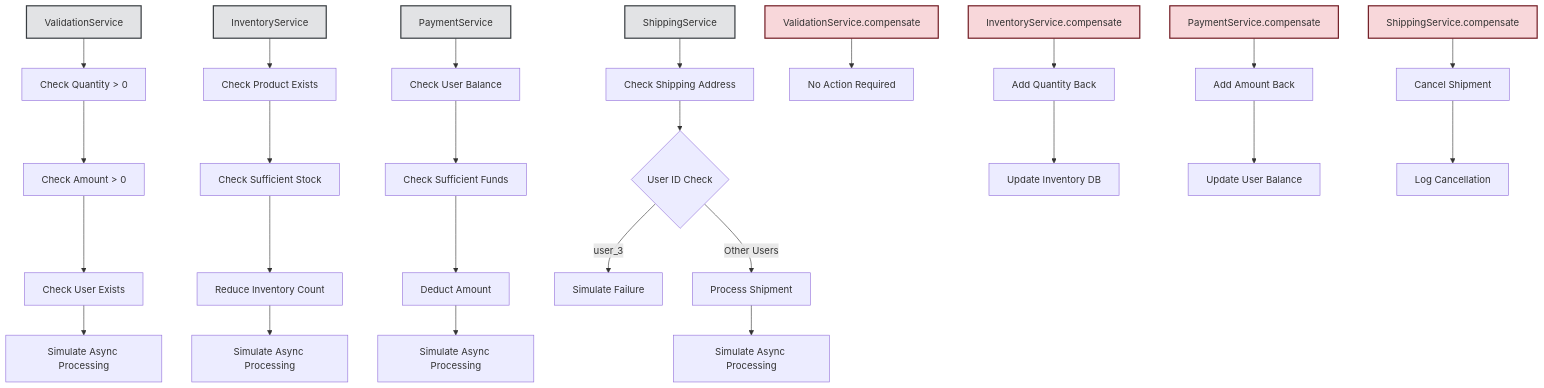
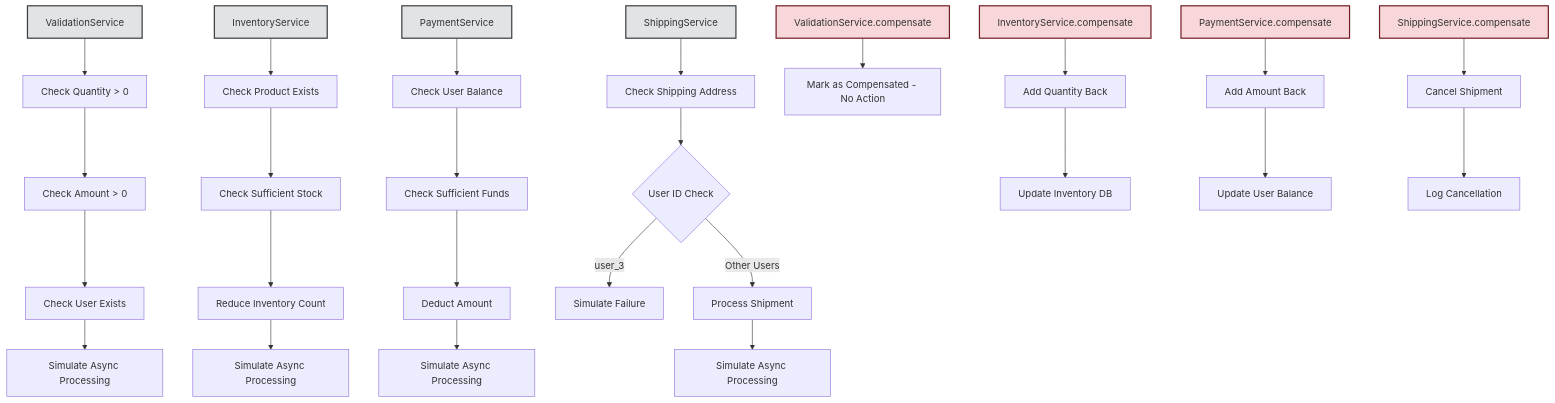
One commit to as10896/saga-demo changed the second of 6 diagrams in docs/workflow.md. Above: the diagram before and after it, drawn with Mermaid. The commit also changed other lines of this file and 10 other files, not shown here.

````diff
--- a/docs/workflow.md
+++ b/docs/workflow.md
@@ -92,43 +98,43 @@
 ```mermaid
 flowchart TD
     %% Service Layer Details
     A[ValidationService] --> A1[Check Quantity > 0]
     A1 --> A2[Check Amount > 0]
     A2 --> A3[Check User Exists]
     A3 --> A4[Simulate Async Processing]
 
     B[InventoryService] --> B1[Check Product Exists]
     B1 --> B2[Check Sufficient Stock]
     B2 --> B3[Reduce Inventory Count]
     B3 --> B4[Simulate Async Processing]
 
     C[PaymentService] --> C1[Check User Balance]
     C1 --> C2[Check Sufficient Funds]
     C2 --> C3[Deduct Amount]
     C3 --> C4[Simulate Async Processing]
 
     D[ShippingService] --> D1[Check Shipping Address]
     D1 --> D2{User ID Check}
     D2 -->|user_3| D3[Simulate Failure]
     D2 -->|Other Users| D4[Process Shipment]
     D4 --> D5[Simulate Async Processing]
 
     %% Compensation Services
-    E[ValidationService.compensate] --> E1[No Action Required]
+    E[ValidationService.compensate] --> E1[Mark as Compensated - No Action]
 
     F[InventoryService.compensate] --> F1[Add Quantity Back]
     F1 --> F2[Update Inventory DB]
 
     G[PaymentService.compensate] --> G1[Add Amount Back]
     G1 --> G2[Update User Balance]
 
     H[ShippingService.compensate] --> H1[Cancel Shipment]
     H1 --> H2[Log Cancellation]
 
     %% Styling
     classDef service fill:#e2e3e5,stroke:#383d41,stroke-width:2px
     classDef compensation fill:#f8d7da,stroke:#721c24,stroke-width:2px
 
     class A,B,C,D service
     class E,F,G,H compensation
 ```
````
